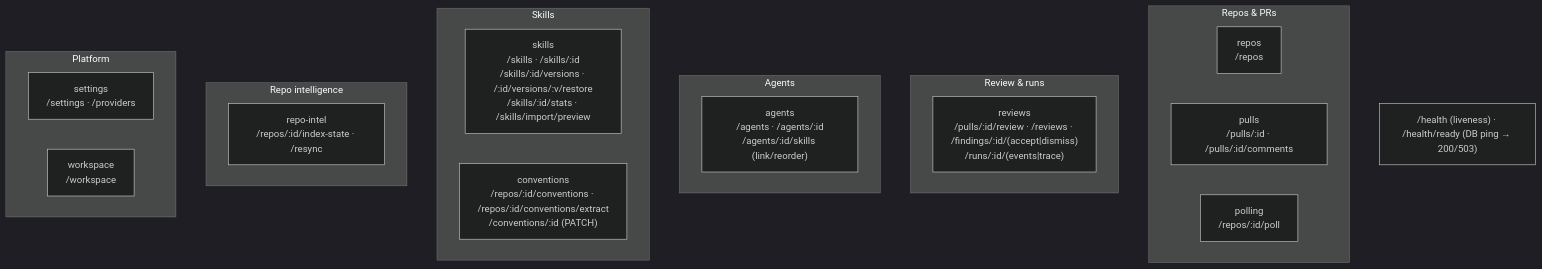
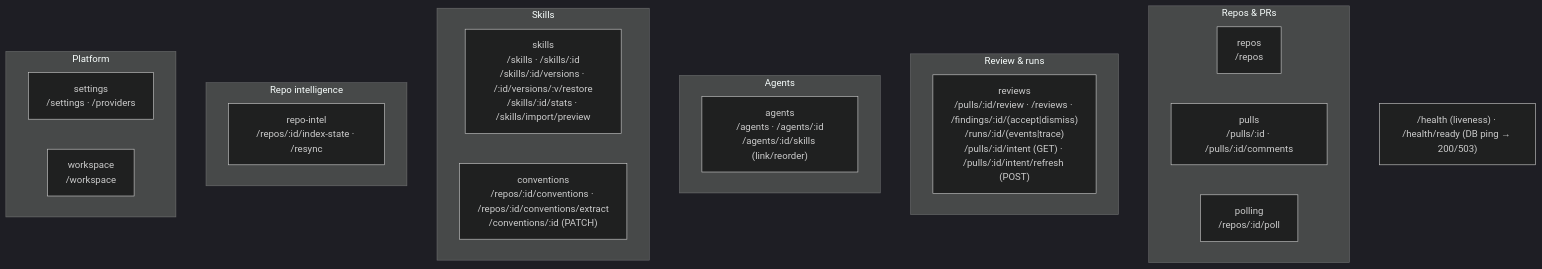
Before and after one commit to oivashkov/dev-digest: the second of 2 diagrams in server/README.md, drawn with Mermaid (dark theme). The commit also changed other lines of this file and 46 other files, not shown here.

````diff
--- a/server/README.md
+++ b/server/README.md
@@ -69,26 +69,26 @@
 ```mermaid
 flowchart TB
   subgraph Repos_PRs["Repos & PRs"]
     repos["repos<br/>/repos"]
     pulls["pulls<br/>/pulls/:id · /pulls/:id/comments"]
     polling["polling<br/>/repos/:id/poll"]
   end
   subgraph Review["Review & runs"]
-    reviews["reviews<br/>/pulls/:id/review · /reviews · /findings/:id/(accept|dismiss)<br/>/runs/:id/(events|trace)"]
+    reviews["reviews<br/>/pulls/:id/review · /reviews · /findings/:id/(accept|dismiss)<br/>/runs/:id/(events|trace)<br/>/pulls/:id/intent (GET) · /pulls/:id/intent/refresh (POST)"]
   end
   subgraph Agents["Agents"]
     agents["agents<br/>/agents · /agents/:id<br/>/agents/:id/skills (link/reorder)"]
   end
   subgraph Skills["Skills"]
     skills["skills<br/>/skills · /skills/:id<br/>/skills/:id/versions · /:id/versions/:v/restore<br/>/skills/:id/stats · /skills/import/preview"]
     conventions["conventions<br/>/repos/:id/conventions · /repos/:id/conventions/extract<br/>/conventions/:id (PATCH)"]
   end
   subgraph Intel["Repo intelligence"]
     repoIntel["repo-intel<br/>/repos/:id/index-state · /resync"]
   end
   subgraph Platform["Platform"]
     settings["settings<br/>/settings · /providers"]
     workspace["workspace<br/>/workspace"]
   end
   HEALTH["/health (liveness) · /health/ready (DB ping → 200/503)"]
 ```
````
